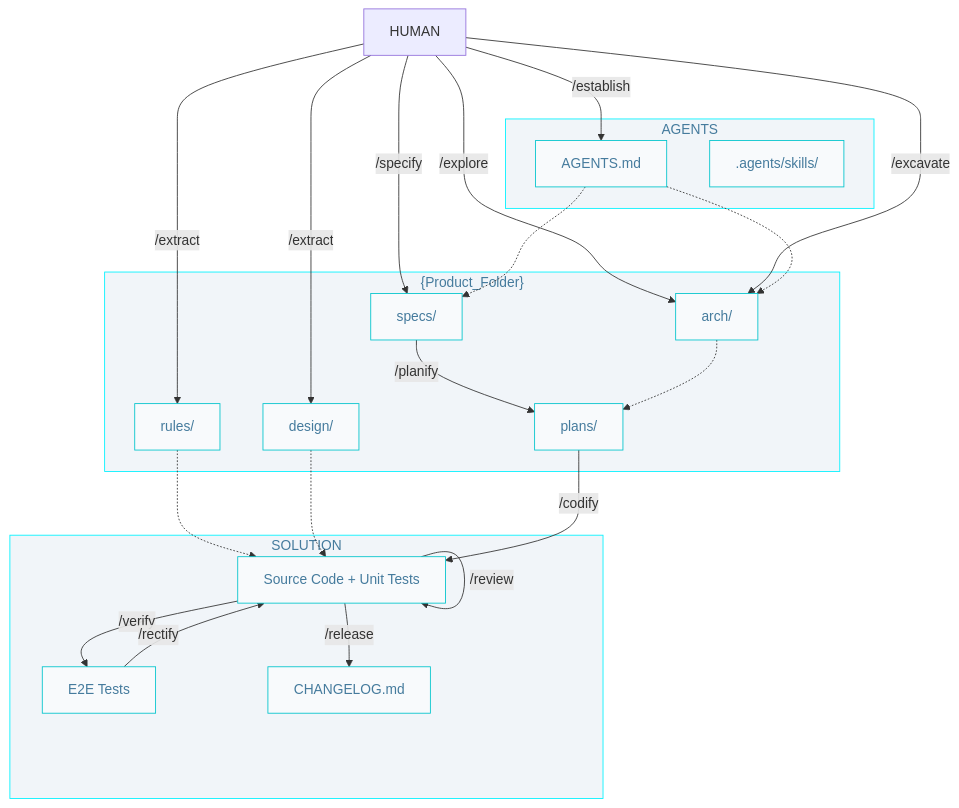
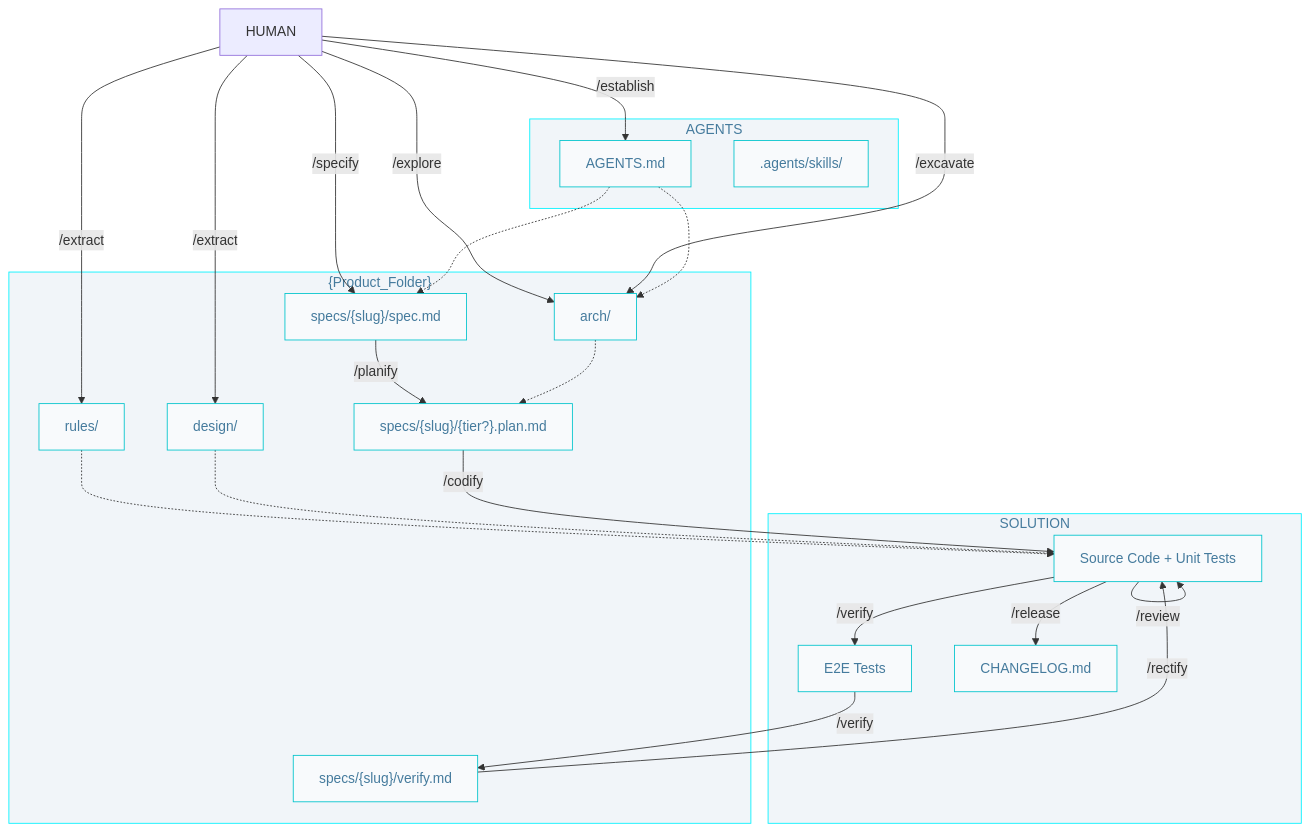
Before and after one commit to AIDDbot/AIDDbot: the diagram in docs/AIDD.workflow.md, drawn with Mermaid. The commit also changed other lines of this file and 11 other files, not shown here.

First line of the commit message:
refactor(builder): consolidate spec, plans and verify report per feature folder

````diff
--- a/docs/AIDD.workflow.md
+++ b/docs/AIDD.workflow.md
@@ -3,47 +3,49 @@
 ```mermaid
 flowchart TD
   classDef nd fill:#f8fafc,stroke:#00c4cc,color:#457b9d
   classDef sg fill:#f1f5f9,stroke:#00f2ff,color:#457b9d 
 
   HUM[HUMAN]
 
   subgraph P["{Product_Folder}"]
-      SPC["specs/"]:::nd
-      PLN["plans/"]:::nd
+      SPC["specs/{slug}/spec.md"]:::nd
+      PLN["specs/{slug}/{tier?}.plan.md"]:::nd
+      VER["specs/{slug}/verify.md"]:::nd
       ARC["arch/"]:::nd
       RUL["rules/"]:::nd
       DES["design/"]:::nd
   end
 
   subgraph A["AGENTS"]
       AGT["AGENTS.md"]:::nd
       SKL[".agents/skills/"]:::nd
   end  
 
   subgraph S["SOLUTION"]
       COD["Source Code + Unit Tests"]:::nd
       E2E["E2E Tests"]:::nd
       CHL["CHANGELOG.md"]:::nd
   end
 
   HUM -->|/establish| AGT
   HUM -->|/explore| ARC
   HUM -->|/excavate| ARC
   HUM -->|/extract| RUL
   HUM -->|/specify| SPC
   HUM -->|/extract| DES
   AGT -.-> SPC  
   AGT -.-> ARC
   RUL -.-> COD  
   SPC -->|/planify| PLN
   ARC -.-> PLN
   DES -.-> COD
 
   PLN -->|/codify| COD
   COD -->|/verify| E2E
-  E2E -->|/rectify| COD
+  E2E -->|/verify| VER
+  VER -->|/rectify| COD
   COD -->|/review| COD
   COD -->|/release| CHL
 
   class P,A,S sg
 ```
````
